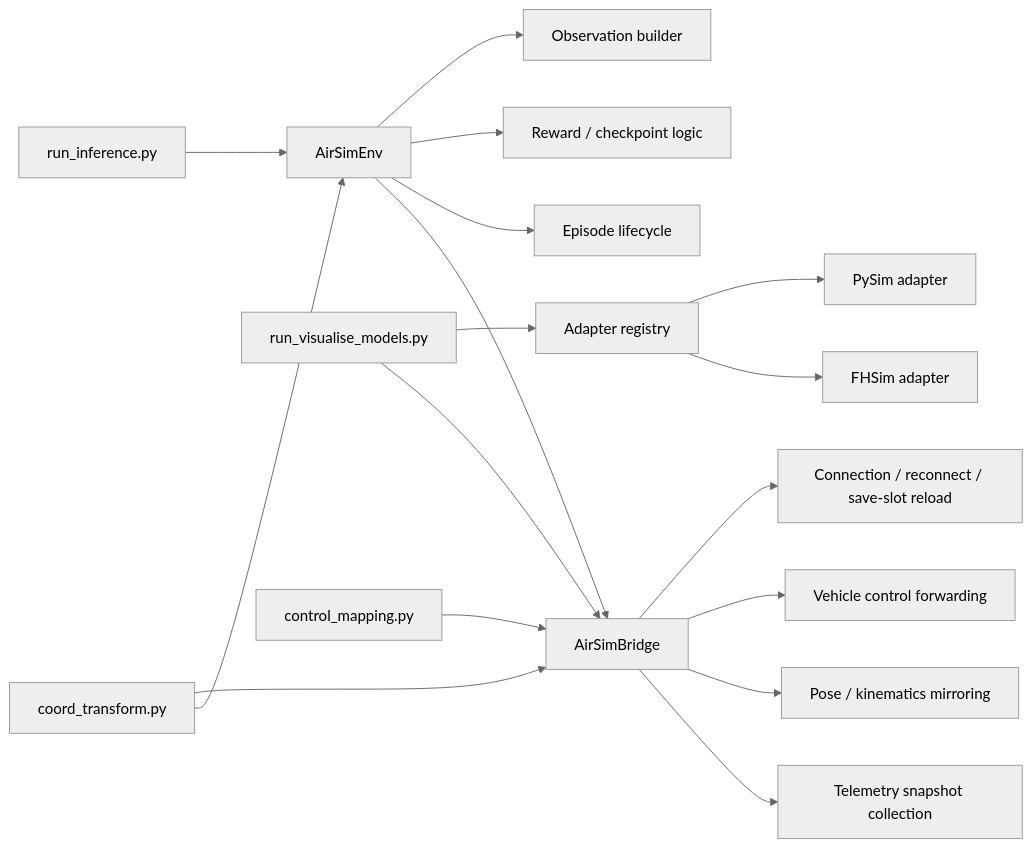
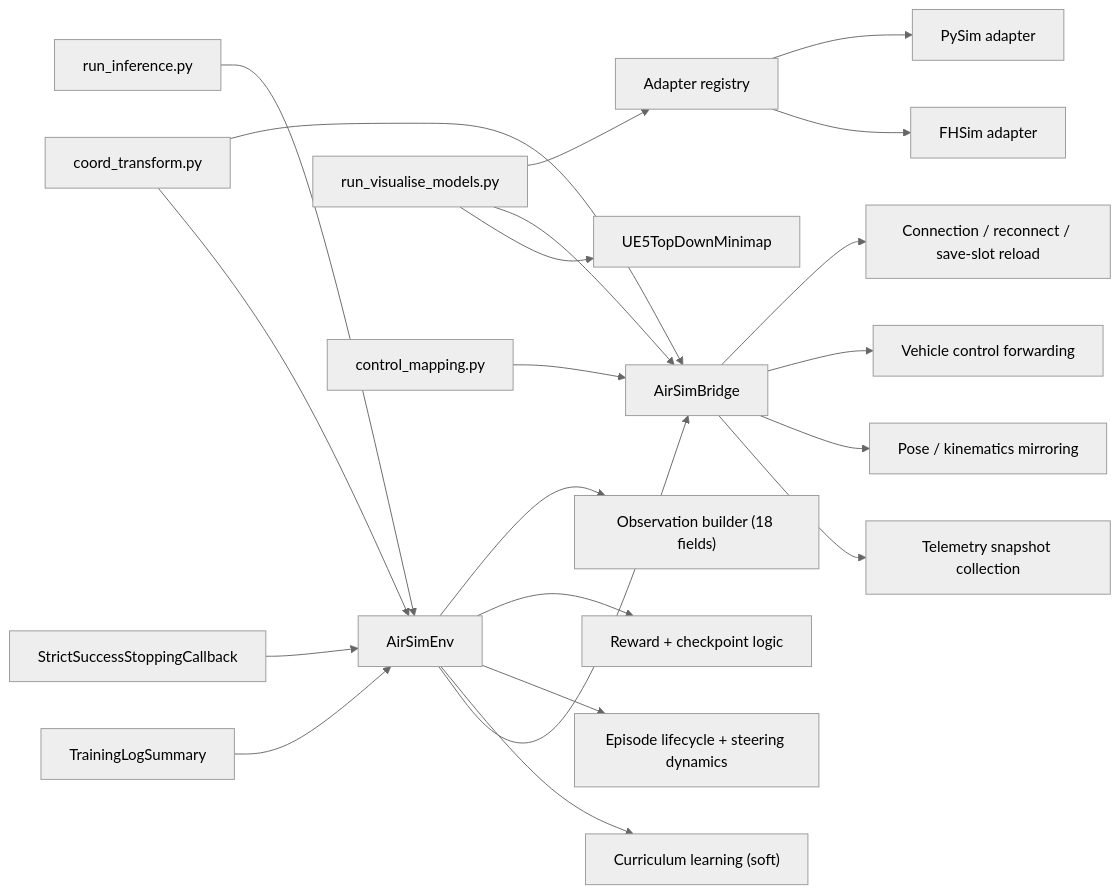
One commit to UAntwerpM4S/RudoLF changed the third of 6 diagrams in docs/airsim_architecture.md. Above: the diagram before and after it, drawn with Mermaid (neutral theme). The commit also changed other lines of this file and 4 other files, not shown here.

````diff
--- a/docs/airsim_architecture.md
+++ b/docs/airsim_architecture.md
@@ -90,22 +92,27 @@
 ```mermaid
 flowchart LR
     A["AirSimBridge"] --> B["Connection / reconnect / save-slot reload"]
     A --> C["Vehicle control forwarding"]
     A --> D["Pose / kinematics mirroring"]
     A --> E["Telemetry snapshot collection"]
 
-    F["AirSimEnv"] --> G["Observation builder"]
-    F --> H["Reward / checkpoint logic"]
-    F --> I["Episode lifecycle"]
+    F["AirSimEnv"] --> G["Observation builder (18 fields)"]
+    F --> H["Reward + checkpoint logic"]
+    F --> I["Episode lifecycle + steering dynamics"]
+    F --> J["Curriculum learning (soft)"]
     F --> A
 
-    J["run_inference.py"] --> F
-    K["run_visualise_models.py"] --> L["Adapter registry"]
-    L --> M["PySim adapter"]
-    L --> N["FHSim adapter"]
-    K --> A
+    K["run_inference.py"] --> F
+    L["run_visualise_models.py"] --> M["Adapter registry"]
+    M --> N["PySim adapter"]
+    M --> O["FHSim adapter"]
+    L --> A
+    L --> P["UE5TopDownMinimap"]
 
-    O["control_mapping.py"] --> A
-    P["coord_transform.py"] --> A
-    P --> F
+    Q["control_mapping.py"] --> A
+    R["coord_transform.py"] --> A
+    R --> F
+
+    S["StrictSuccessStoppingCallback"] --> F
+    T["TrainingLogSummary"] --> F
 ```
````
